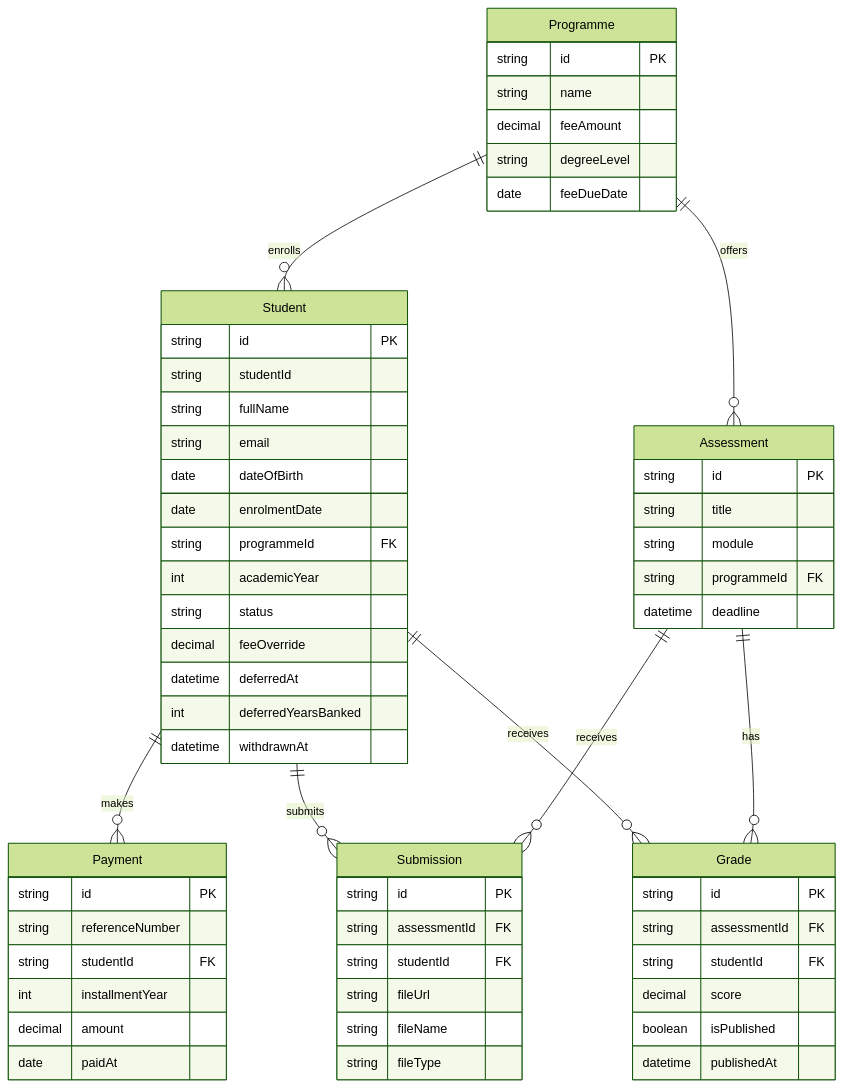
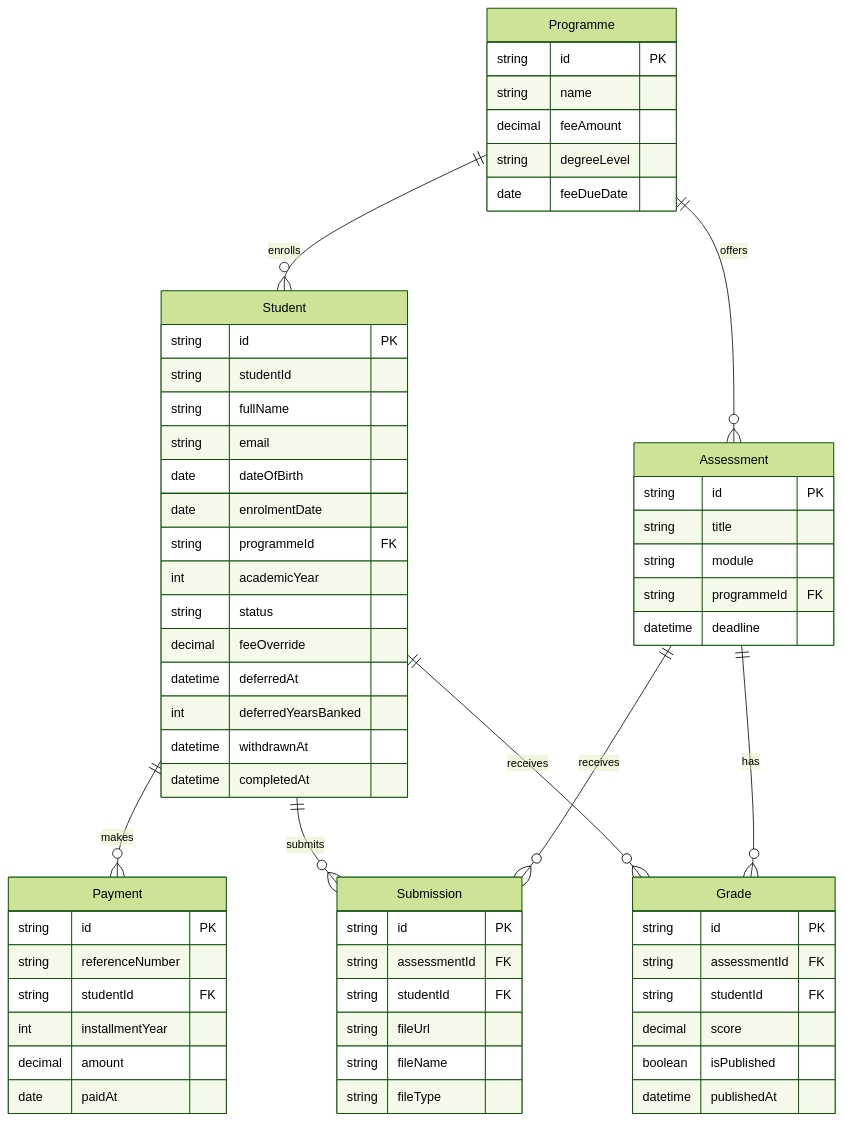
Before and after one commit to thinkGrow/sms-registry: the diagram in README.md, drawn with Mermaid (forest theme). The commit also changed other lines of this file and 2 other files, not shown here.

Commit message:
docs: review against the original brief and fix seed completedAt gap
Reviewed every requirement in the assessment PDF against the running app
and confirmed each one live. Also fixed a real gap the review turned up:
the two seed students already marked Completed had no completedAt (they
were seeded directly, not transitioned through the API), so the new
future-assessment filter silently did nothing for them. Backfilled it on
the live DB and in seed.ts, and documented the completedAt field in the
README's data model and Known Limitations, which had been missed.

````diff
--- a/README.md
+++ b/README.md
@@ -19,63 +19,64 @@
 ```mermaid
 erDiagram
     Programme ||--o{ Student : enrolls
     Student ||--o{ Payment : makes
     Programme ||--o{ Assessment : offers
     Student ||--o{ Submission : submits
     Assessment ||--o{ Submission : receives
     Student ||--o{ Grade : receives
     Assessment ||--o{ Grade : has
     Programme {
         string id PK
         string name
         decimal feeAmount
         string degreeLevel
         date feeDueDate
     }
     Student {
         string id PK
         string studentId
         string fullName
         string email
         date dateOfBirth
         date enrolmentDate
         string programmeId FK
         int academicYear
         string status
         decimal feeOverride
         datetime deferredAt
         int deferredYearsBanked
         datetime withdrawnAt
+        datetime completedAt
     }
     Payment {
         string id PK
         string referenceNumber
         string studentId FK
         int installmentYear
         decimal amount
         date paidAt
     }
     Assessment {
         string id PK
         string title
         string module
         string programmeId FK
         datetime deadline
     }
     Submission {
         string id PK
         string assessmentId FK
         string studentId FK
         string fileUrl
         string fileName
         string fileType
     }
     Grade {
         string id PK
         string assessmentId FK
         string studentId FK
         decimal score
         boolean isPublished
         datetime publishedAt
     }
 ```
````
